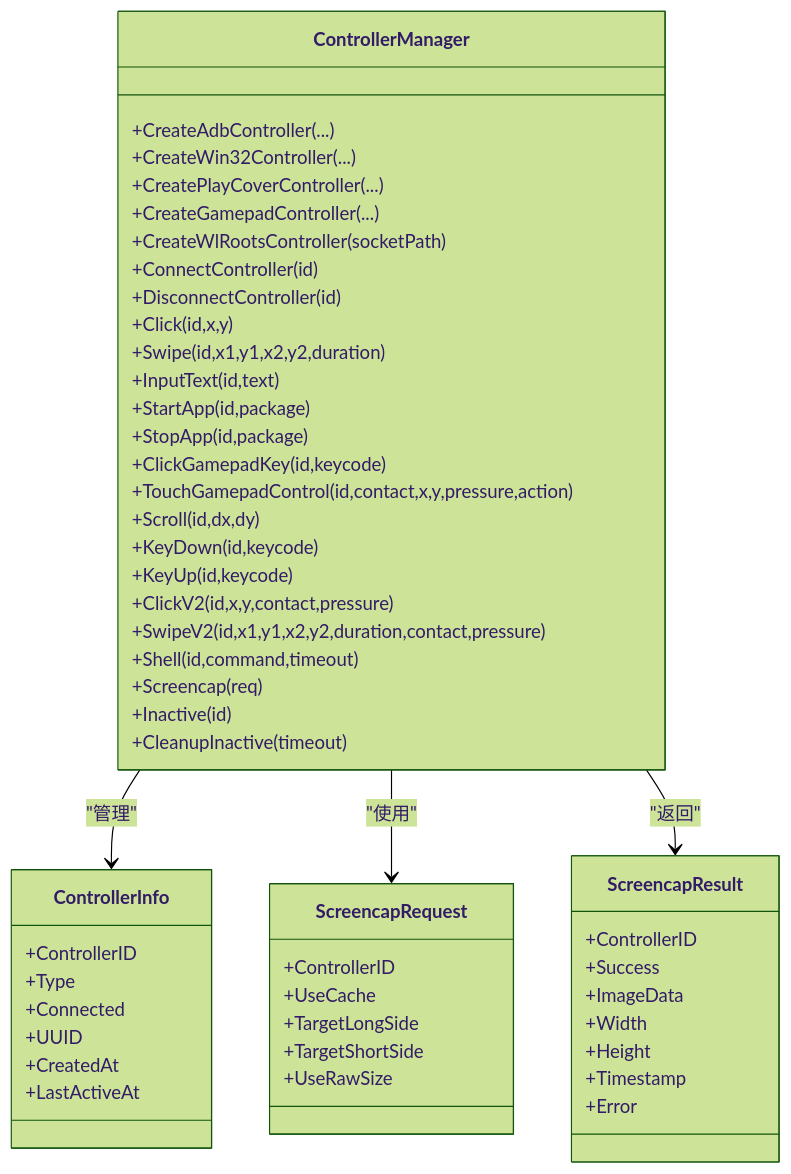
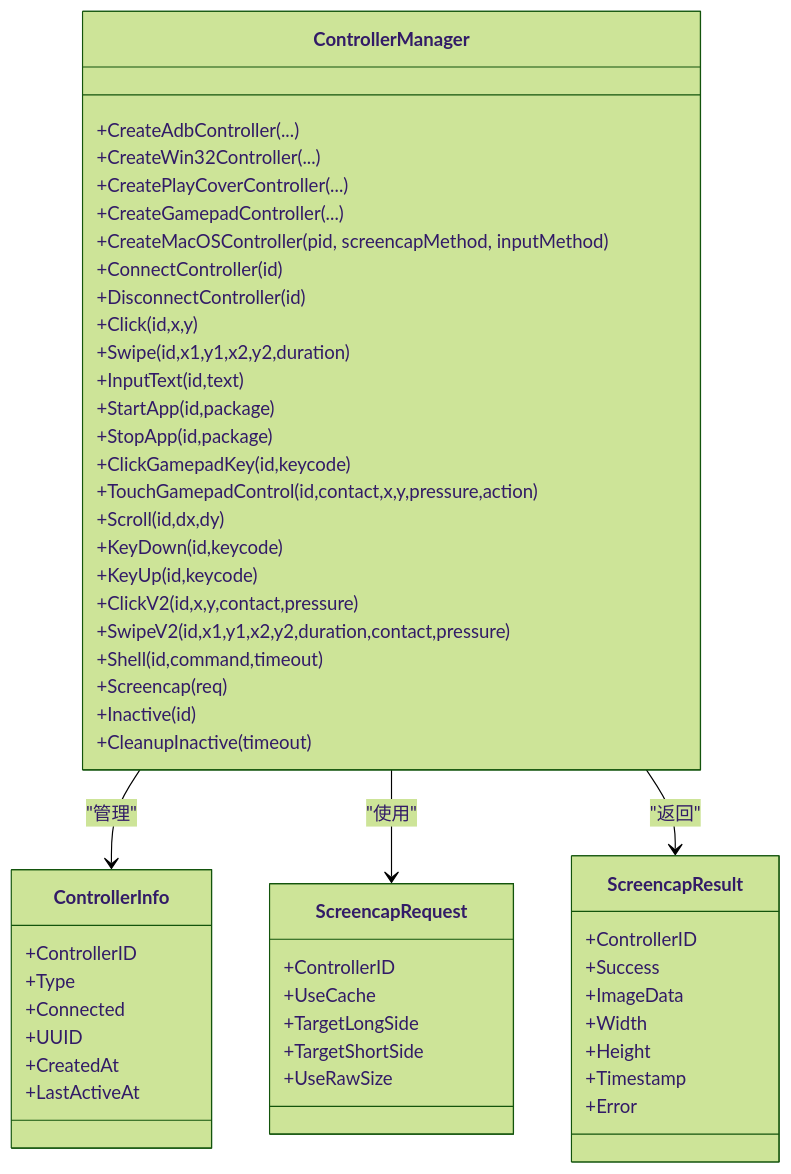
One commit to kqcoxn/MaaPipelineEditor changed the fourth of 12 diagrams in .qoder/repowiki/zh/content/核心概念/通信协议/MFW协议.md. Above: the diagram before and after it, drawn with Mermaid (forest theme). The commit also changed other lines of this file and 6 other files, not shown here.

````diff
--- a/.qoder/repowiki/zh/content/核心概念/通信协议/MFW协议.md
+++ b/.qoder/repowiki/zh/content/核心概念/通信协议/MFW协议.md
@@ -211,55 +214,55 @@
 ```mermaid
 classDiagram
 class ControllerManager {
 +CreateAdbController(...)
 +CreateWin32Controller(...)
 +CreatePlayCoverController(...)
 +CreateGamepadController(...)
-+CreateWlRootsController(socketPath)
++CreateMacOSController(pid, screencapMethod, inputMethod)
 +ConnectController(id)
 +DisconnectController(id)
 +Click(id,x,y)
 +Swipe(id,x1,y1,x2,y2,duration)
 +InputText(id,text)
 +StartApp(id,package)
 +StopApp(id,package)
 +ClickGamepadKey(id,keycode)
 +TouchGamepadControl(id,contact,x,y,pressure,action)
 +Scroll(id,dx,dy)
 +KeyDown(id,keycode)
 +KeyUp(id,keycode)
 +ClickV2(id,x,y,contact,pressure)
 +SwipeV2(id,x1,y1,x2,y2,duration,contact,pressure)
 +Shell(id,command,timeout)
 +Screencap(req)
 +Inactive(id)
 +CleanupInactive(timeout)
 }
 class ControllerInfo {
 +ControllerID
 +Type
 +Connected
 +UUID
 +CreatedAt
 +LastActiveAt
 }
 class ScreencapRequest {
 +ControllerID
 +UseCache
 +TargetLongSide
 +TargetShortSide
 +UseRawSize
 }
 class ScreencapResult {
 +ControllerID
 +Success
 +ImageData
 +Width
 +Height
 +Timestamp
 +Error
 }
 ControllerManager --> ControllerInfo : "管理"
 ControllerManager --> ScreencapRequest : "使用"
 ControllerManager --> ScreencapResult : "返回"
 ```
````
